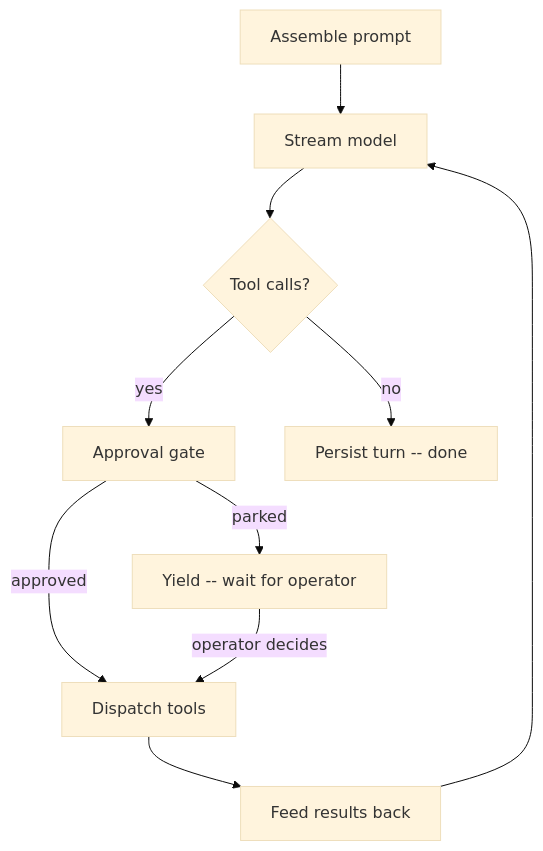
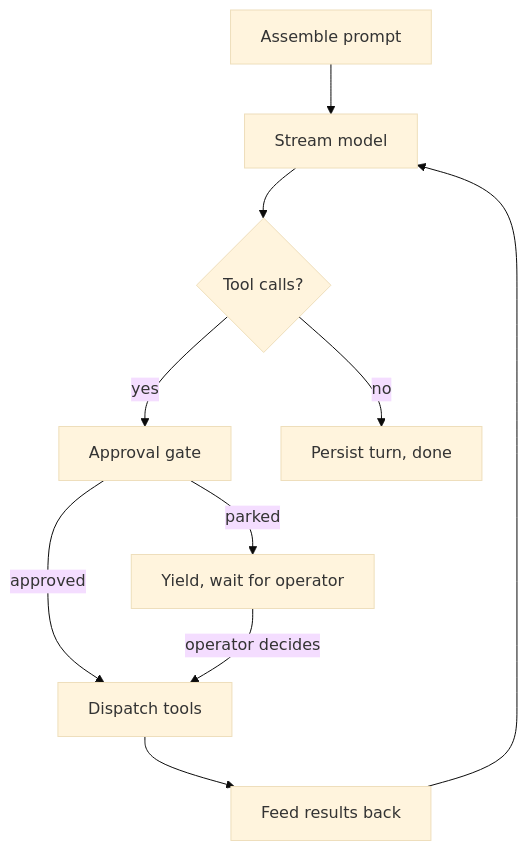
One commit to primerhq/primer changed the diagram in primer/user_docs/features/agents.md. Above: the diagram before and after it, drawn with Mermaid (base theme).

Commit message:
docs(features): de-dash the agents turn-loop mermaid labels

````diff
--- a/primer/user_docs/features/agents.md
+++ b/primer/user_docs/features/agents.md
@@ -33,12 +33,12 @@
 ```mermaid
 flowchart TD
     A[Assemble prompt] --> B[Stream model]
     B --> C{Tool calls?}
     C -->|yes| D[Approval gate]
     D -->|approved| E[Dispatch tools]
-    D -->|parked| F[Yield -- wait for operator]
+    D -->|parked| F[Yield, wait for operator]
     E --> G[Feed results back]
     G --> B
     F -->|operator decides| E
-    C -->|no| H[Persist turn -- done]
+    C -->|no| H[Persist turn, done]
 ```
````
